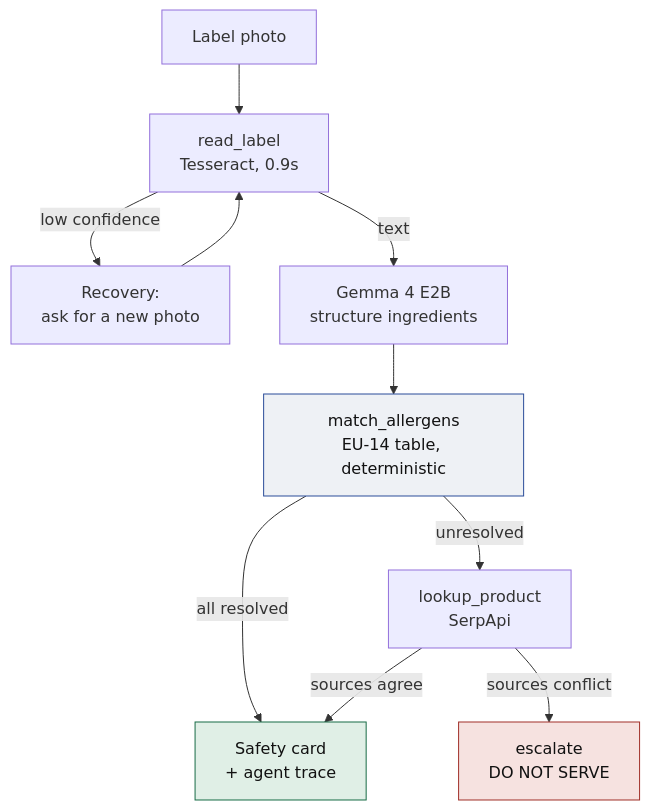
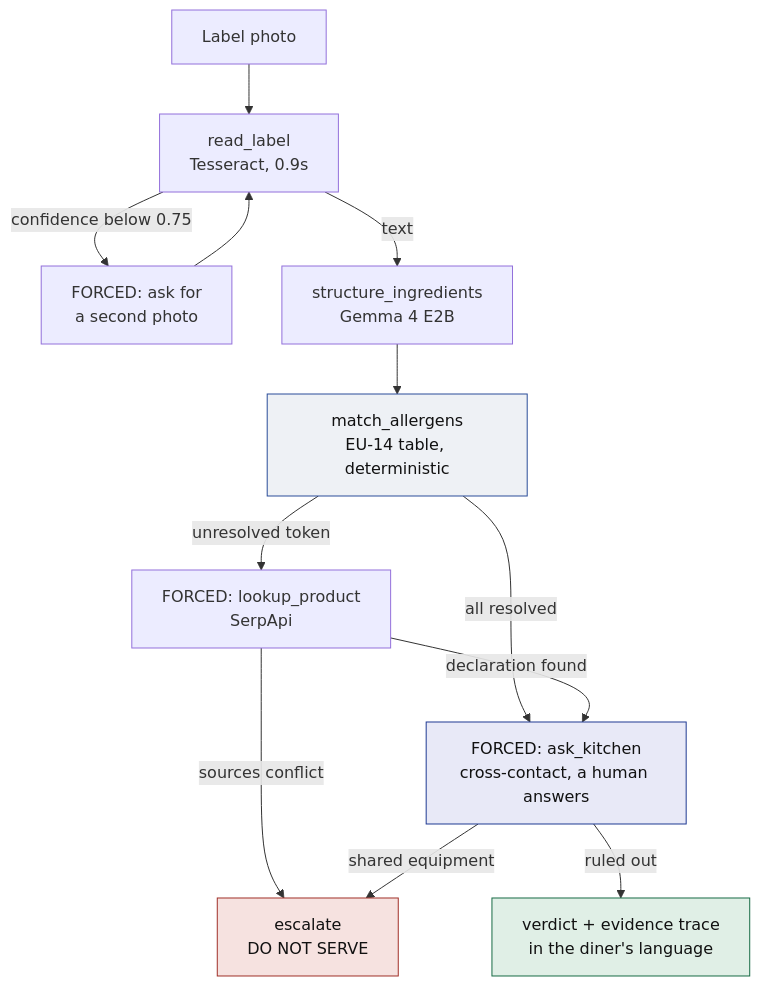
The first of 2 diagrams in README.md (soneeee22000/safeplate), drawn with Mermaid before and after one commit. The commit also changed other lines of this file, not shown here.

First line of the commit message:
docs: correct both diagrams to the shipped design

````diff
--- a/README.md
+++ b/README.md
@@ -43,16 +53,19 @@
 ```mermaid
 flowchart TD
     PHOTO["Label photo"] --> OCR["read_label<br/>Tesseract, 0.9s"]
-    OCR -->|low confidence| RESHOOT["Recovery:<br/>ask for a new photo"]
+    OCR -->|confidence below 0.75| RESHOOT["FORCED: ask for<br/>a second photo"]
     RESHOOT --> OCR
-    OCR -->|text| GEMMA["Gemma 4 E2B<br/>structure ingredients"]
+    OCR -->|text| GEMMA["structure_ingredients<br/>Gemma 4 E2B"]
     GEMMA --> MATCH["match_allergens<br/>EU-14 table, deterministic"]
-    MATCH -->|all resolved| CARD
-    MATCH -->|unresolved| LOOKUP["lookup_product<br/>SerpApi"]
-    LOOKUP -->|sources agree| CARD["Safety card<br/>+ agent trace"]
-    LOOKUP -->|sources conflict| STOP["escalate<br/>DO NOT SERVE"]
+    MATCH -->|unresolved token| LOOKUP["FORCED: lookup_product<br/>SerpApi"]
+    MATCH -->|all resolved| ASK
+    LOOKUP -->|sources conflict| STOP
+    LOOKUP -->|declaration found| ASK["FORCED: ask_kitchen<br/>cross-contact, a human answers"]
+    ASK -->|shared equipment| STOP["escalate<br/>DO NOT SERVE"]
+    ASK -->|ruled out| CARD["verdict + evidence trace<br/>in the diner's language"]
 
     style STOP fill:#f6e2e0,stroke:#a02f28,color:#111
     style CARD fill:#e0efe6,stroke:#176b45,color:#111
     style MATCH fill:#eef1f5,stroke:#2a4c99,color:#111
+    style ASK fill:#e8e9f7,stroke:#1f3a93,color:#111
 ```
````
